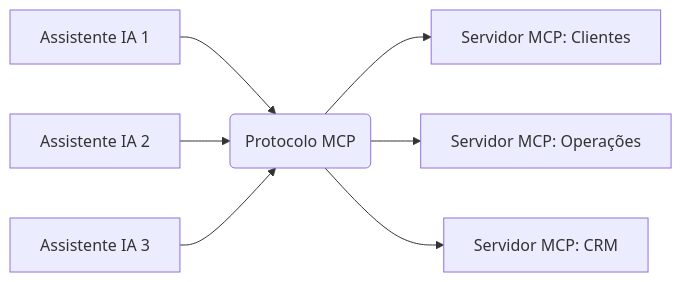
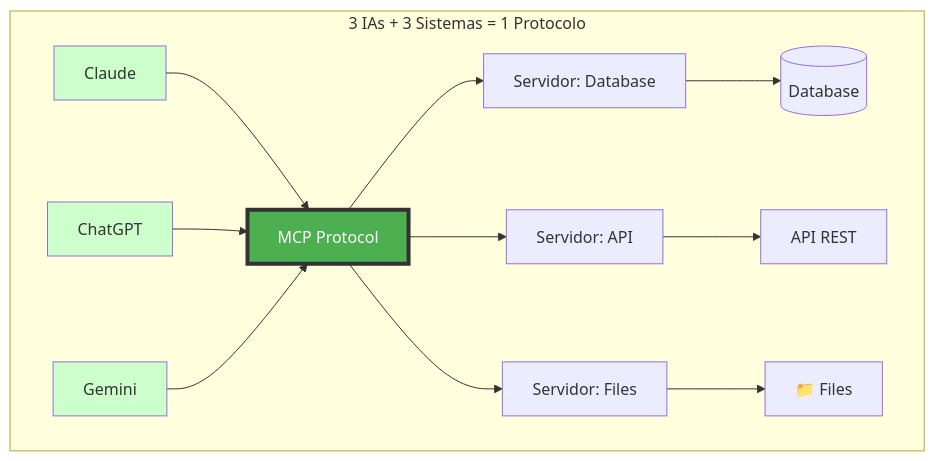
The fifth of 26 diagrams in AI/Comunicação/MCP/00-mcp-presentation-zero to hero.md (felipepimentel/my-public-notes), drawn with Mermaid before and after one commit. The commit also changed other lines of this file, not shown here.

````diff
--- a/AI/Comunicação/MCP/00-mcp-presentation-zero to hero.md
+++ b/AI/Comunicação/MCP/00-mcp-presentation-zero to hero.md
@@ -88,9 +127,21 @@
 ```mermaid
-graph LR
-    A1[Assistente IA 1] --> C1(Protocolo MCP)
-    A2[Assistente IA 2] --> C1(Protocolo MCP)
-    A3[Assistente IA 3] --> C1(Protocolo MCP)
-    C1 --> S1[Servidor MCP: Clientes]
-    C1 --> S2[Servidor MCP: Operações]
-    C1 --> S3[Servidor MCP: CRM]
+graph TD
+    subgraph "3 IAs + 3 Sistemas = 1 Protocolo"
+        AI1[Claude] --> MCP[MCP Protocol]
+        AI2[ChatGPT] --> MCP
+        AI3[Gemini] --> MCP
+        
+        MCP --> S1[Servidor: Database]
+        MCP --> S2[Servidor: API]
+        MCP --> S3[Servidor: Files]
+        
+        S1 --> DB[(Database)]
+        S2 --> API[API REST]
+        S3 --> FILE[📁 Files]
+    end
+    
+    style MCP fill:#4CAF50,stroke:#333,stroke-width:4px,color:#fff
+    style AI1 fill:#ccffcc
+    style AI2 fill:#ccffcc
+    style AI3 fill:#ccffcc
 ```
````
